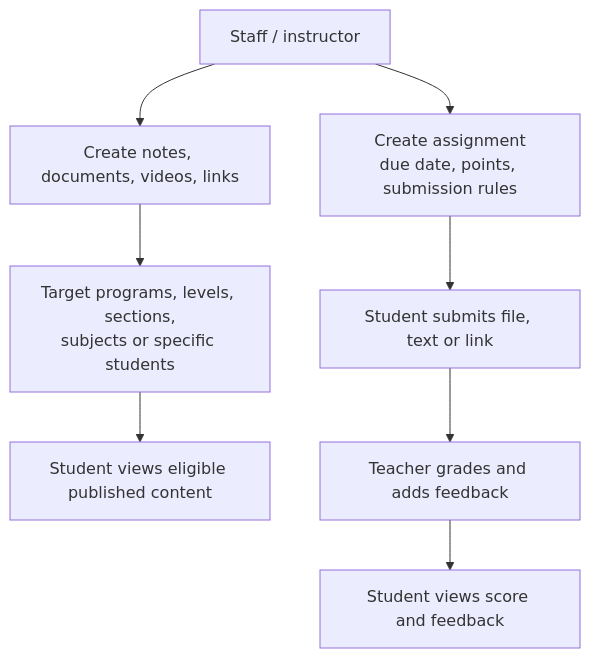
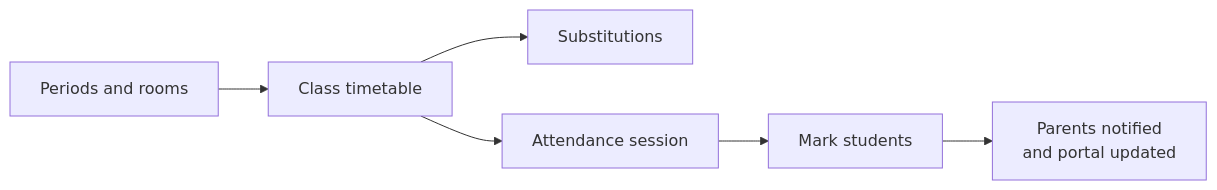
One commit to niddanamohansps-hue/Mocha-Edu changed the sixth of 10 diagrams in SYSTEM_ARCHITECTURE_AND_MODULE_WORKFLOWS.md. Above: the diagram before and after it, drawn with Mermaid. The commit also changed other lines of this file and 1 other file, not shown here.

First line of the commit message:
docs(architecture): bring the architecture document up to date with the code

````diff
--- a/SYSTEM_ARCHITECTURE_AND_MODULE_WORKFLOWS.md
+++ b/SYSTEM_ARCHITECTURE_AND_MODULE_WORKFLOWS.md
@@ -190,10 +125,6 @@
 ```mermaid
-flowchart TD
-    Teacher["Staff / instructor"] --> Content["Create notes, documents, videos, links"]
-    Content --> Target["Target programs, levels, sections,<br/>subjects or specific students"]
-    Target --> StudentView["Student views eligible published content"]
-    Teacher --> Assignment["Create assignment<br/>due date, points, submission rules"]
-    Assignment --> Submission["Student submits file, text or link"]
-    Submission --> Grade["Teacher grades and adds feedback"]
-    Grade --> Feedback["Student views score and feedback"]
+flowchart LR
+    Periods["Periods and rooms"] --> TT["Class timetable"]
+    TT --> Sub["Substitutions"]
+    TT --> Session["Attendance session"] --> Mark["Mark students"] --> Parents["Parents notified<br/>and portal updated"]
 ```
````
